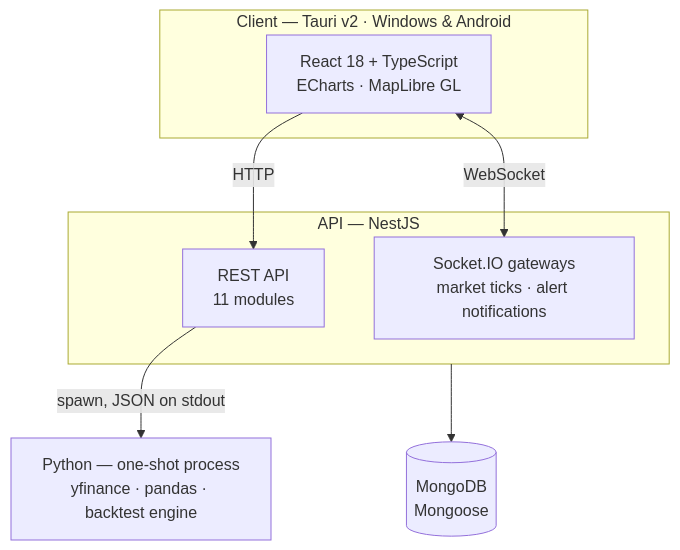
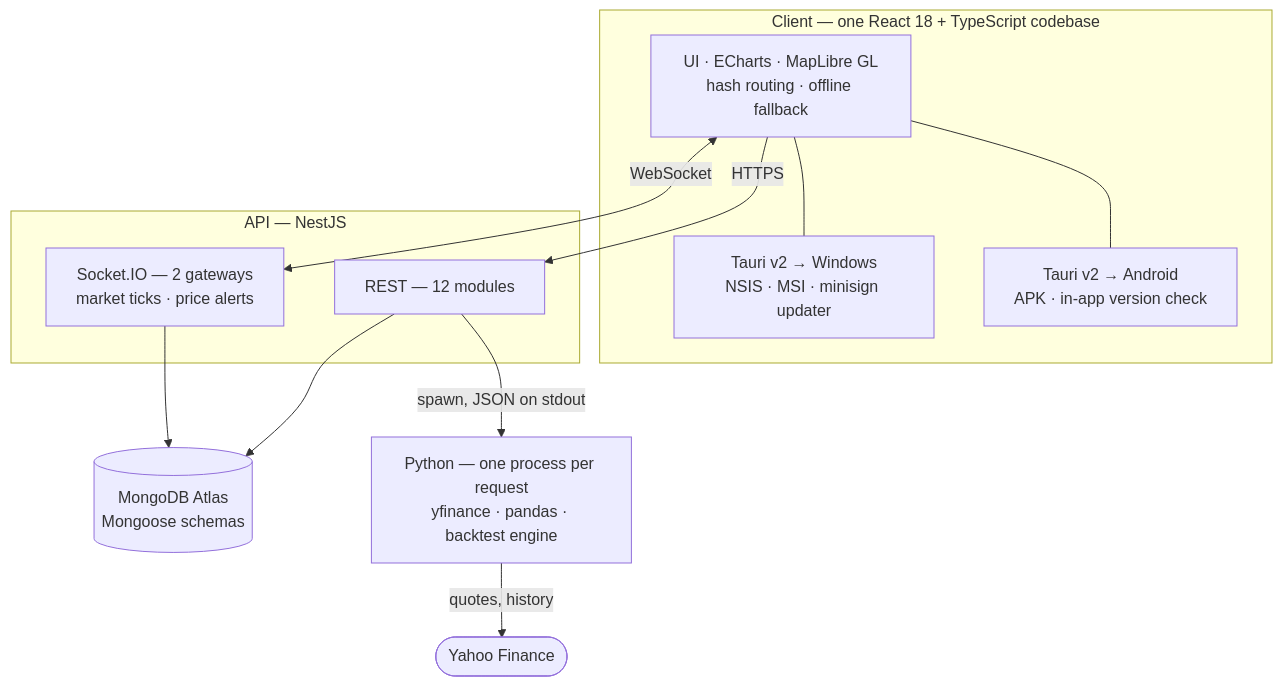
One commit to 3morbnssf5868/7vndvlv-releases changed the diagram in README.md. Above: the diagram before and after it, drawn with Mermaid. The commit also changed other lines of this file and 3 other files, not shown here.

````diff
--- a/README.md
+++ b/README.md
@@ -86,19 +91,26 @@
 ```mermaid
 flowchart TB
-    subgraph client["Client — Tauri v2 · Windows & Android"]
-        ui["React 18 + TypeScript<br/>ECharts · MapLibre GL"]
+    subgraph client["Client — one React 18 + TypeScript codebase"]
+        ui["UI · ECharts · MapLibre GL<br/>hash routing · offline fallback"]
+        win["Tauri v2 → Windows<br/>NSIS · MSI · minisign updater"]
+        droid["Tauri v2 → Android<br/>APK · in-app version check"]
+        ui --- win
+        ui --- droid
     end
 
     subgraph api["API — NestJS"]
-        rest["REST API<br/>11 modules"]
-        ws["Socket.IO gateways<br/>market ticks · alert notifications"]
+        rest["REST — 12 modules"]
+        ws["Socket.IO — 2 gateways<br/>market ticks · price alerts"]
     end
 
-    db[("MongoDB<br/>Mongoose")]
-    py["Python — one-shot process<br/>yfinance · pandas · backtest engine"]
+    db[("MongoDB Atlas<br/>Mongoose schemas")]
+    py["Python — one process per request<br/>yfinance · pandas · backtest engine"]
+    yf(["Yahoo Finance"])
 
-    ui -->|HTTP| rest
+    ui -->|HTTPS| rest
     ui <-->|WebSocket| ws
-    api --> db
+    rest --> db
+    ws --> db
     rest -->|spawn, JSON on stdout| py
+    py -->|quotes, history| yf
 ```
````
